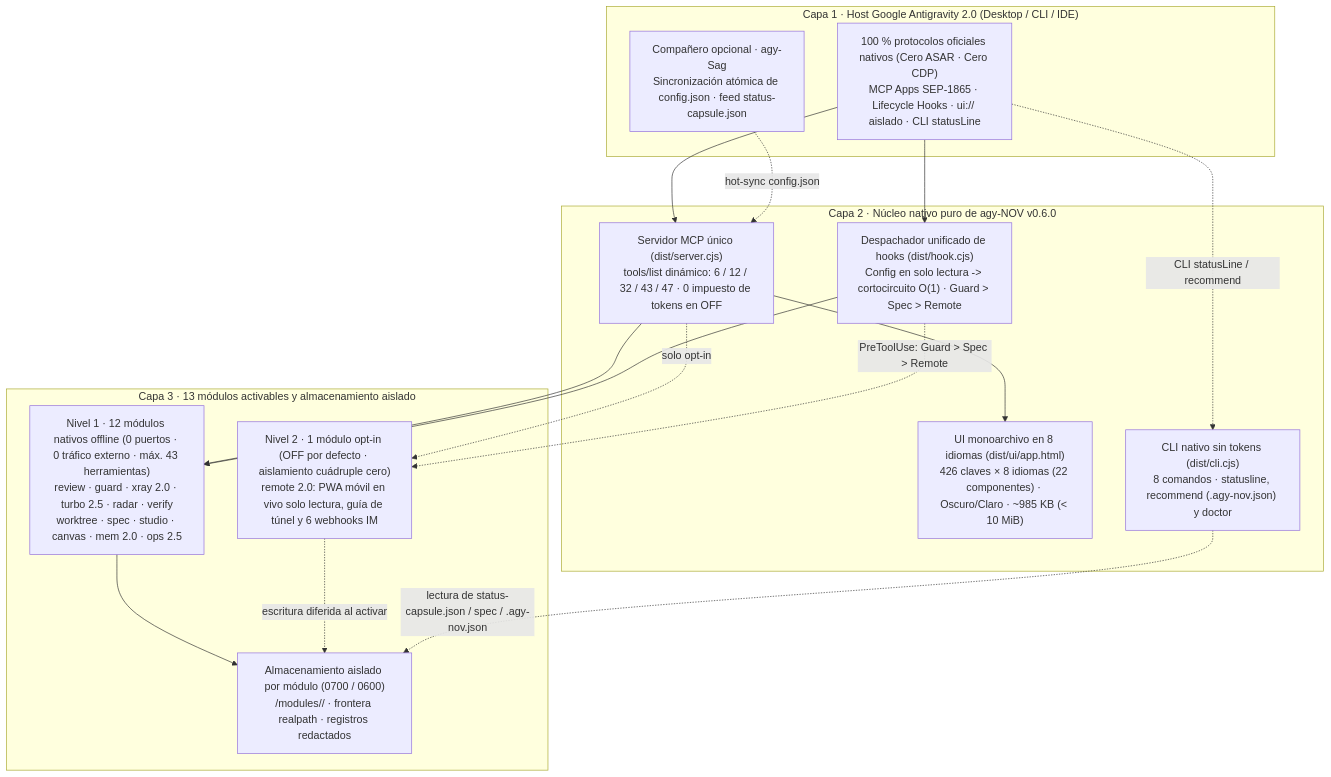
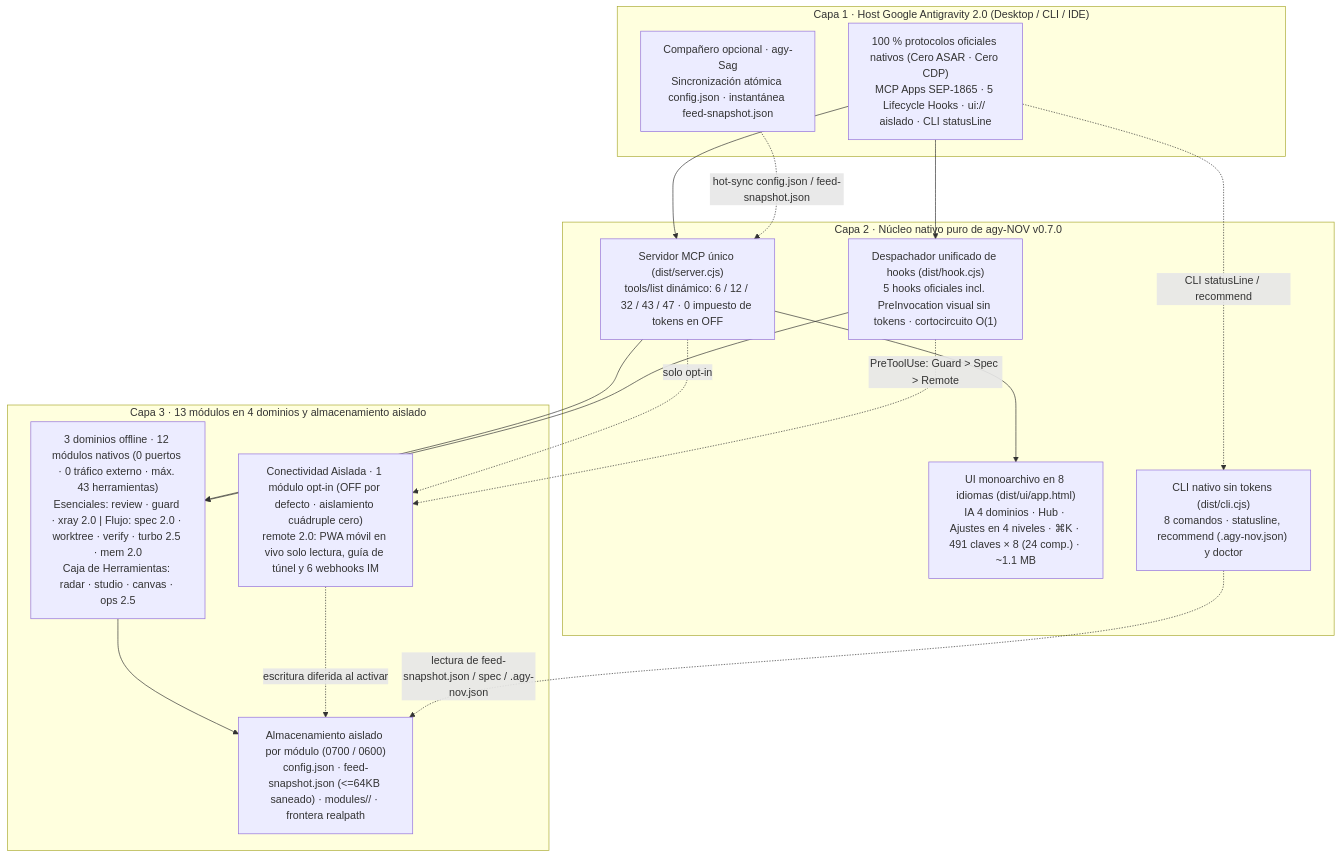
One commit to tone-leh/agy-NOV changed the diagram in docs/i18n/README.es.md. Above: the diagram before and after it, drawn with Mermaid. The commit also changed other lines of this file and 54 other files, not shown here.

Commit message:
feat: release agy-NOV v0.7.0 (4+1 IA, Settings Hub, Spec 2.0, Dual-Star Feed, PreInvocation)

````diff
--- a/docs/i18n/README.es.md
+++ b/docs/i18n/README.es.md
@@ -209,33 +222,33 @@
 ```mermaid
 flowchart TB
   subgraph L1["Capa 1 · Host Google Antigravity 2.0 (Desktop / CLI / IDE)"]
-    Host["100 % protocolos oficiales nativos (Cero ASAR · Cero CDP)\nMCP Apps SEP-1865 · Lifecycle Hooks · ui:// aislado · CLI statusLine"]
-    Sag["Compañero opcional · agy-Sag\nSincronización atómica de config.json · feed status-capsule.json"]
+    Host["100 % protocolos oficiales nativos (Cero ASAR · Cero CDP)\nMCP Apps SEP-1865 · 5 Lifecycle Hooks · ui:// aislado · CLI statusLine"]
+    Sag["Compañero opcional · agy-Sag\nSincronización atómica config.json · instantánea feed-snapshot.json"]
   end
 
-  subgraph L2["Capa 2 · Núcleo nativo puro de agy-NOV v0.6.0"]
+  subgraph L2["Capa 2 · Núcleo nativo puro de agy-NOV v0.7.0"]
     MCP["Servidor MCP único (dist/server.cjs)\ntools/list dinámico: 6 / 12 / 32 / 43 / 47 · 0 impuesto de tokens en OFF"]
-    Hook["Despachador unificado de hooks (dist/hook.cjs)\nConfig en solo lectura -> cortocircuito O(1) · Guard > Spec > Remote"]
-    UI["UI monoarchivo en 8 idiomas (dist/ui/app.html)\n426 claves × 8 idiomas (22 componentes) · Oscuro/Claro · ~985 KB (< 10 MiB)"]
+    Hook["Despachador unificado de hooks (dist/hook.cjs)\n5 hooks oficiales incl. PreInvocation visual sin tokens · cortocircuito O(1)"]
+    UI["UI monoarchivo en 8 idiomas (dist/ui/app.html)\nIA 4 dominios · Hub · Ajustes en 4 niveles · ⌘K · 491 claves × 8 (24 comp.) · ~1.1 MB"]
     CLI["CLI nativo sin tokens (dist/cli.cjs)\n8 comandos · statusline, recommend (.agy-nov.json) y doctor"]
   end
 
-  subgraph L3["Capa 3 · 13 módulos activables y almacenamiento aislado"]
-    T1["Nivel 1 · 12 módulos nativos offline (0 puertos · 0 tráfico externo · máx. 43 herramientas)\nreview · guard · xray 2.0 · turbo 2.5 · radar · verify\nworktree · spec · studio · canvas · mem 2.0 · ops 2.5"]
-    T2R["Nivel 2 · 1 módulo opt-in (OFF por defecto · aislamiento cuádruple cero)\nremote 2.0: PWA móvil en vivo solo lectura, guía de túnel y 6 webhooks IM"]
-    Store["Almacenamiento aislado por módulo (0700 / 0600)\n<dataDir>/modules/<id>/ · frontera realpath · registros redactados"]
+  subgraph L3["Capa 3 · 13 módulos en 4 dominios y almacenamiento aislado"]
+    T1["3 dominios offline · 12 módulos nativos (0 puertos · 0 tráfico externo · máx. 43 herramientas)\nEsenciales: review · guard · xray 2.0 | Flujo: spec 2.0 · worktree · verify · turbo 2.5 · mem 2.0\nCaja de Herramientas: radar · studio · canvas · ops 2.5"]
+    T2R["Conectividad Aislada · 1 módulo opt-in (OFF por defecto · aislamiento cuádruple cero)\nremote 2.0: PWA móvil en vivo solo lectura, guía de túnel y 6 webhooks IM"]
+    Store["Almacenamiento aislado por módulo (0700 / 0600)\nconfig.json · feed-snapshot.json (<=64KB saneado) · modules/<id>/ · frontera realpath"]
   end
 
   Host --> MCP
   Host --> Hook
   Host -. "CLI statusLine / recommend" .-> CLI
-  Sag -. "hot-sync config.json" .-> MCP
+  Sag -. "hot-sync config.json / feed-snapshot.json" .-> MCP
   MCP --> UI
   MCP --> T1
   MCP -. "solo opt-in" .-> T2R
   Hook --> T1
   Hook -. "PreToolUse: Guard > Spec > Remote" .-> T2R
   T1 --> Store
   T2R -. "escritura diferida al activar" .-> Store
-  CLI -. "lectura de status-capsule.json / spec / .agy-nov.json" .-> Store
+  CLI -. "lectura de feed-snapshot.json / spec / .agy-nov.json" .-> Store
 ```
````
